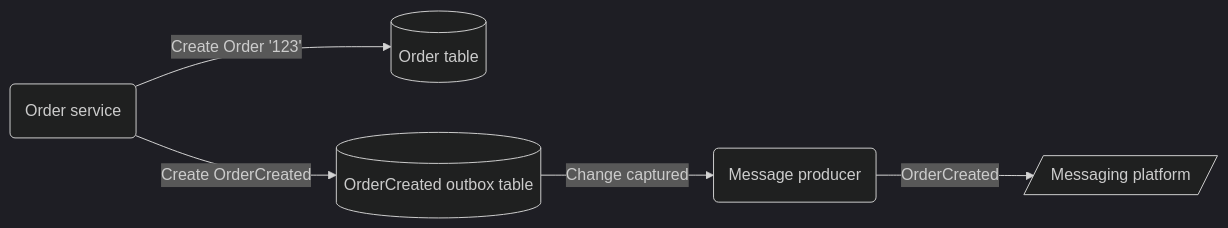
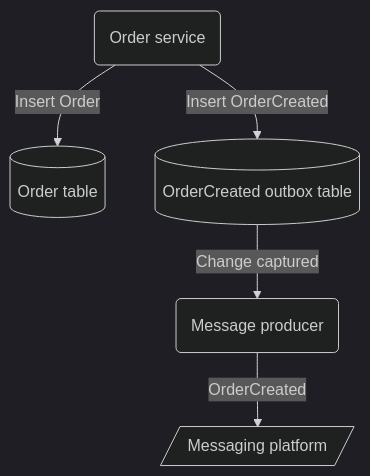
The second of 4 diagrams in docs/_posts/2022-06-07-consistency-with-microservices-part-2.md (fnipo/fnipo.github.io), drawn with Mermaid (dark theme) before and after one commit. The commit also changed other lines of this file, not shown here.

Commit message:
Improving diagrams

````diff
--- a/docs/_posts/2022-06-07-consistency-with-microservices-part-2.md
+++ b/docs/_posts/2022-06-07-consistency-with-microservices-part-2.md
@@ -73,7 +73,7 @@
 ```mermaid!
-flowchart LR
-    A(Order service) --> |Create Order '123'| B[(Order table)]
-    A(Order service) --> |Create OrderCreated| C[(OrderCreated outbox table)]
+flowchart TD
+    A(Order service) --> |Insert Order| B[(Order table)]
+    A(Order service) --> |Insert OrderCreated| C[(OrderCreated outbox table)]
     C --> |Change captured| D(Message producer)
     D --> |OrderCreated| E[/Messaging platform/]
 ```
````
